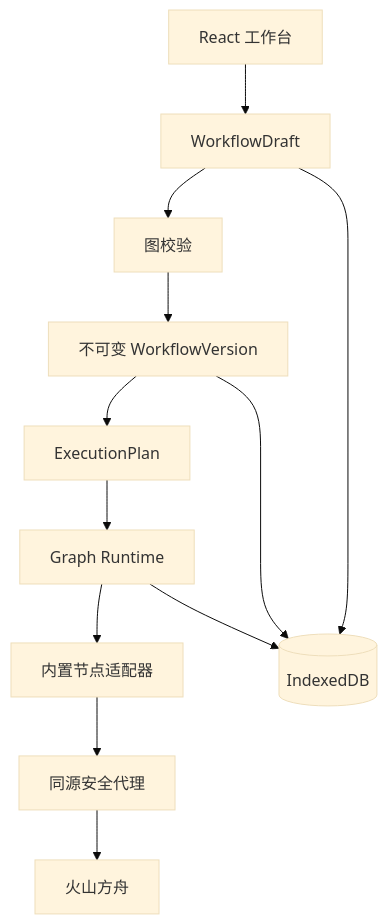
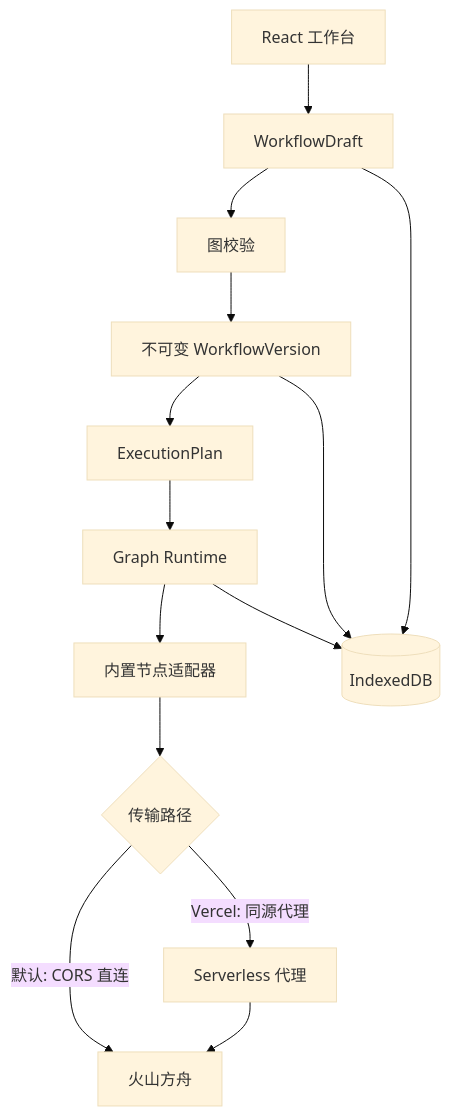
One commit to chnjames/visual-director changed the second of 2 diagrams in README.md. Above: the diagram before and after it, drawn with Mermaid (base theme). The commit also changed other lines of this file and 6 other files, not shown here.

````diff
--- a/README.md
+++ b/README.md
@@ -182,14 +197,15 @@
 ```mermaid
 flowchart TD
   UI[React 工作台] --> Draft[WorkflowDraft]
   Draft --> Validate[图校验]
   Validate --> Version[不可变 WorkflowVersion]
   Version --> Plan[ExecutionPlan]
   Plan --> Runtime[Graph Runtime]
   Runtime --> Adapters[内置节点适配器]
-  Adapters --> Proxy[同源安全代理]
-  Proxy --> Ark[火山方舟]
+  Adapters --> Transport{传输路径}
+  Transport -->|默认: CORS 直连| Ark[火山方舟]
+  Transport -->|Vercel: 同源代理| Proxy[Serverless 代理] --> Ark
   Draft --> IDB[(IndexedDB)]
   Version --> IDB
   Runtime --> IDB
 ```
````
